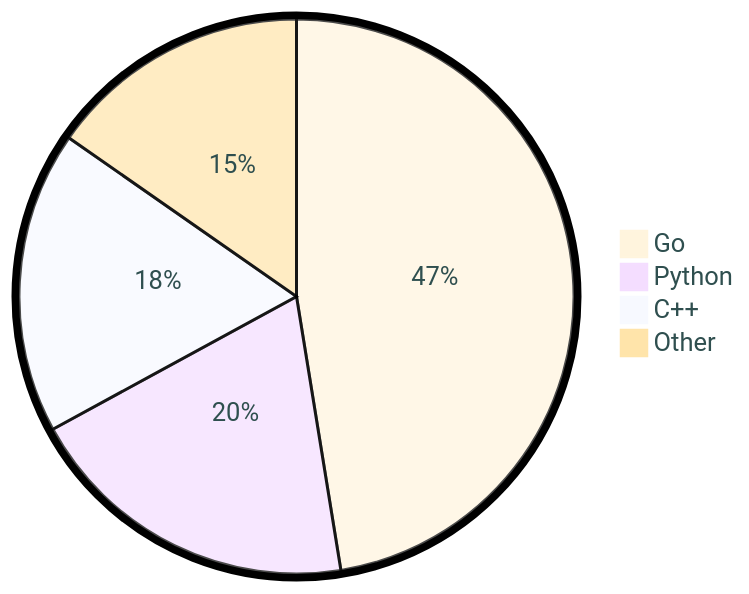
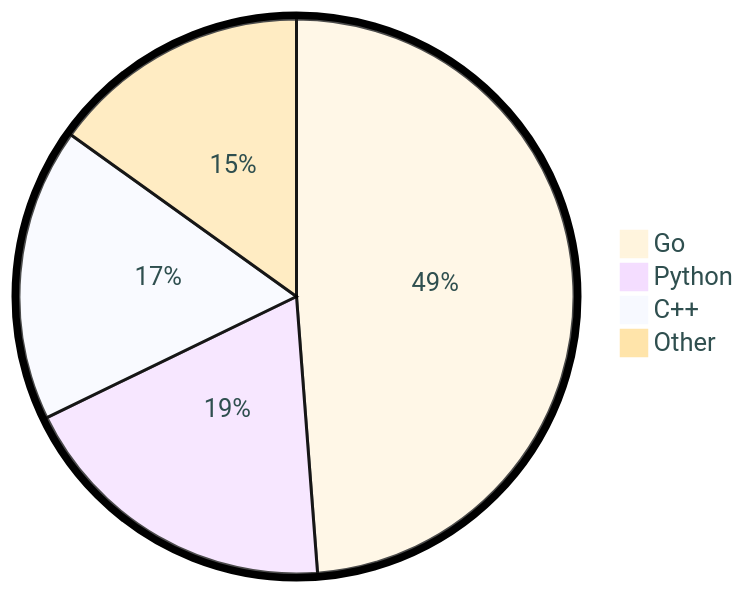
One commit to tot0p/tot0p changed the diagram in README.md. Above: the diagram before and after it, drawn with Mermaid. The commit also changed other lines of this file, not shown here.

````diff
--- a/README.md
+++ b/README.md
@@ -87,8 +84,8 @@
 ```mermaid
 %%{init: {"pie": {"textPosition": 0.5}, "themeVariables": {"pieOuterStrokeWidth": "5px","primaryTextColor" : "#2F4F4F"},"theme":"base"} }%%
 pie
-	"Go": 47.44
-	"Python": 19.62
-	"C++": 17.63
-	"Other": 15.31
+	"Go": 48.79
+	"Python": 19.02
+	"C++": 17.09
+	"Other": 15.100000000000001
 ```
````
